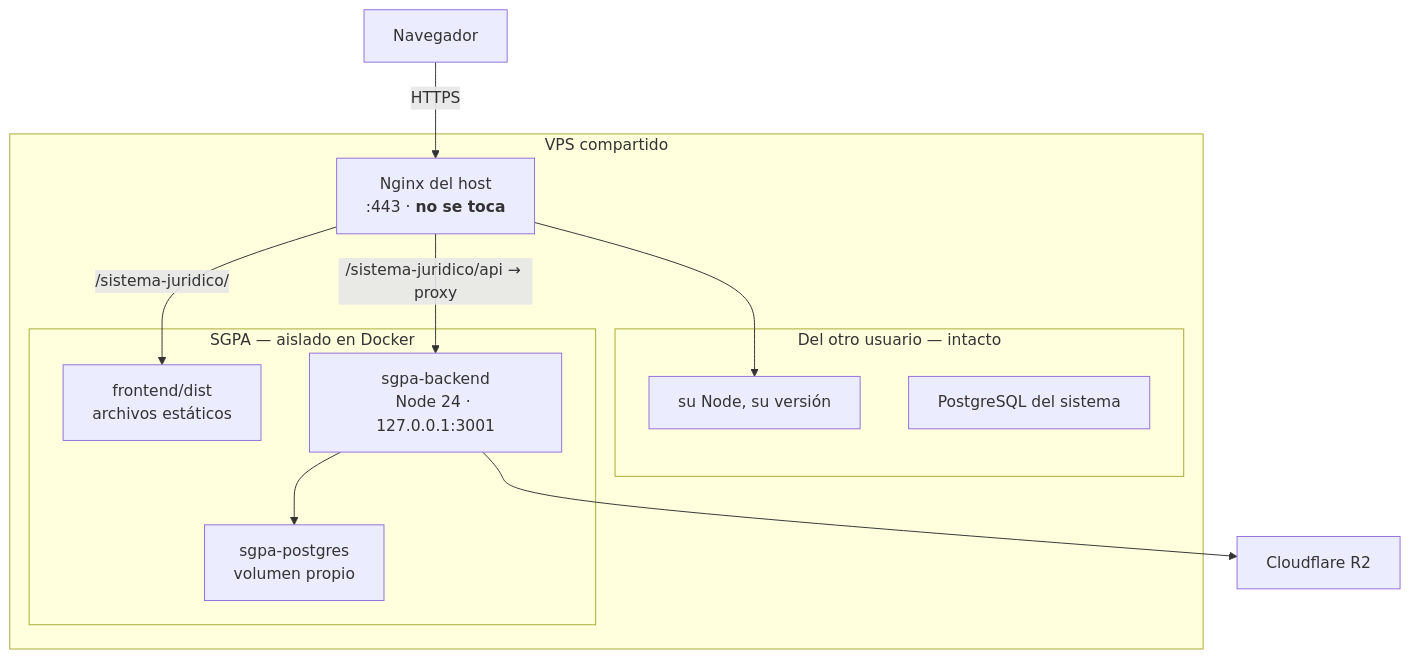
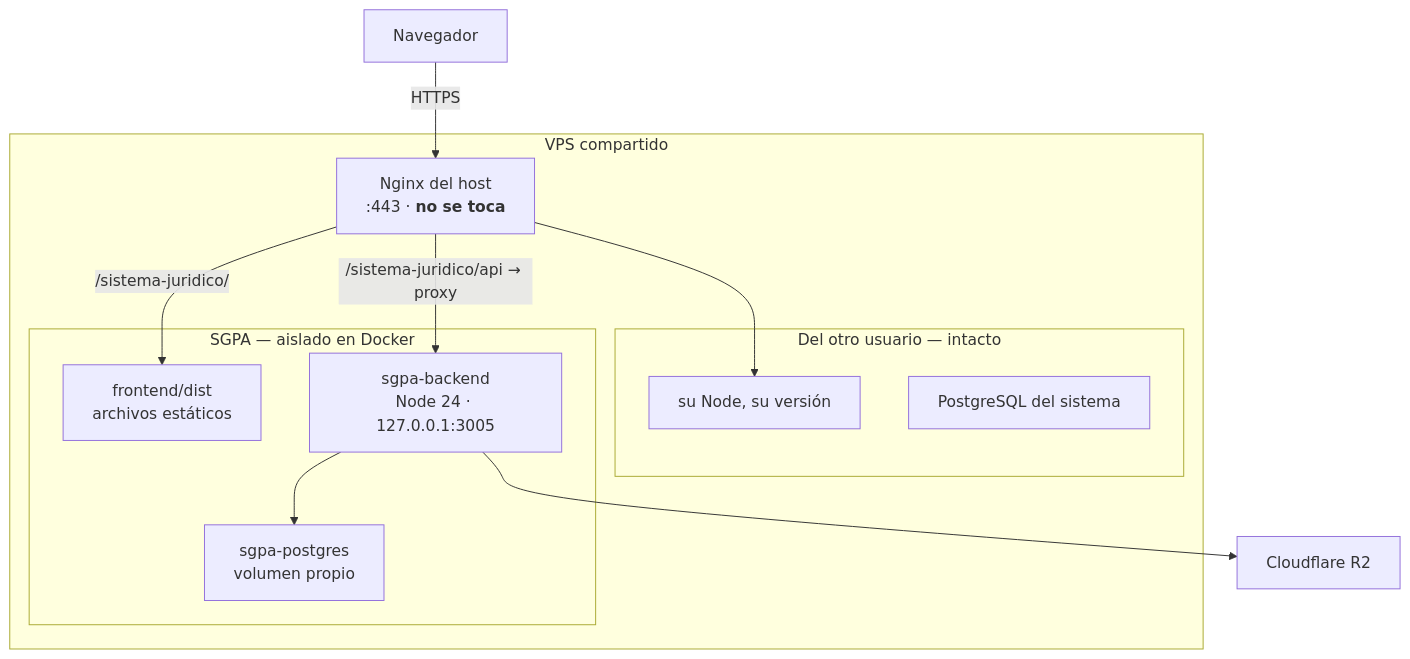
The diagram in docs/12-DESPLIEGUE-VPS-COMPARTIDO.md (Aryannext/sistema-juridico), drawn with Mermaid before and after one commit. The commit also changed other lines of this file and 2 other files, not shown here.

````diff
--- a/docs/12-DESPLIEGUE-VPS-COMPARTIDO.md
+++ b/docs/12-DESPLIEGUE-VPS-COMPARTIDO.md
@@ -22,26 +22,26 @@
 ```mermaid
 graph TB
     subgraph VPS["VPS compartido"]
         NG["Nginx del host<br/>:443 · <b>no se toca</b>"]
 
         subgraph OTRO["Del otro usuario — intacto"]
             O1["su Node, su versión"]
             O2["PostgreSQL del sistema"]
         end
 
         subgraph SGPA["SGPA — aislado en Docker"]
             EST["frontend/dist<br/>archivos estáticos"]
-            CT["sgpa-backend<br/>Node 24 · 127.0.0.1:3001"]
+            CT["sgpa-backend<br/>Node 24 · 127.0.0.1:3005"]
             PG["sgpa-postgres<br/>volumen propio"]
         end
     end
 
     R2["Cloudflare R2"]
 
     U["Navegador"] -->|HTTPS| NG
     NG -->|"/sistema-juridico/"| EST
     NG -->|"/sistema-juridico/api → proxy"| CT
     NG --> O1
     CT --> PG
     CT --> R2
 ```
````
